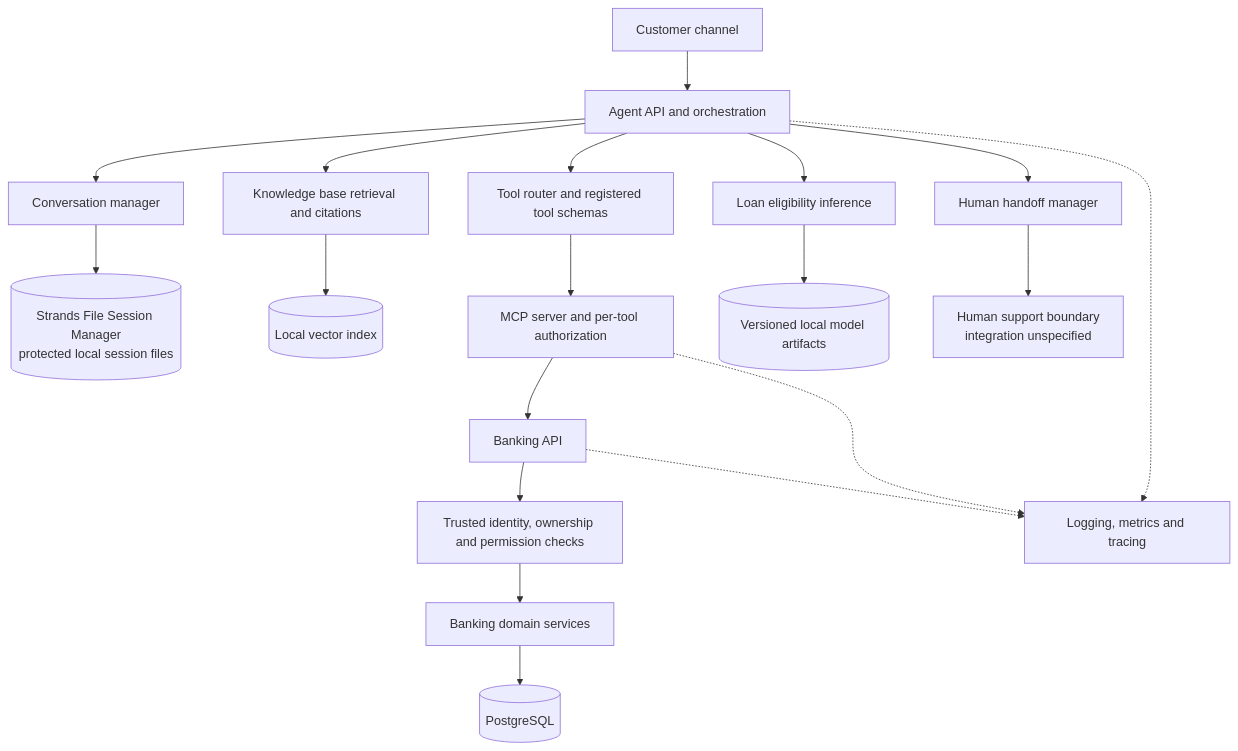
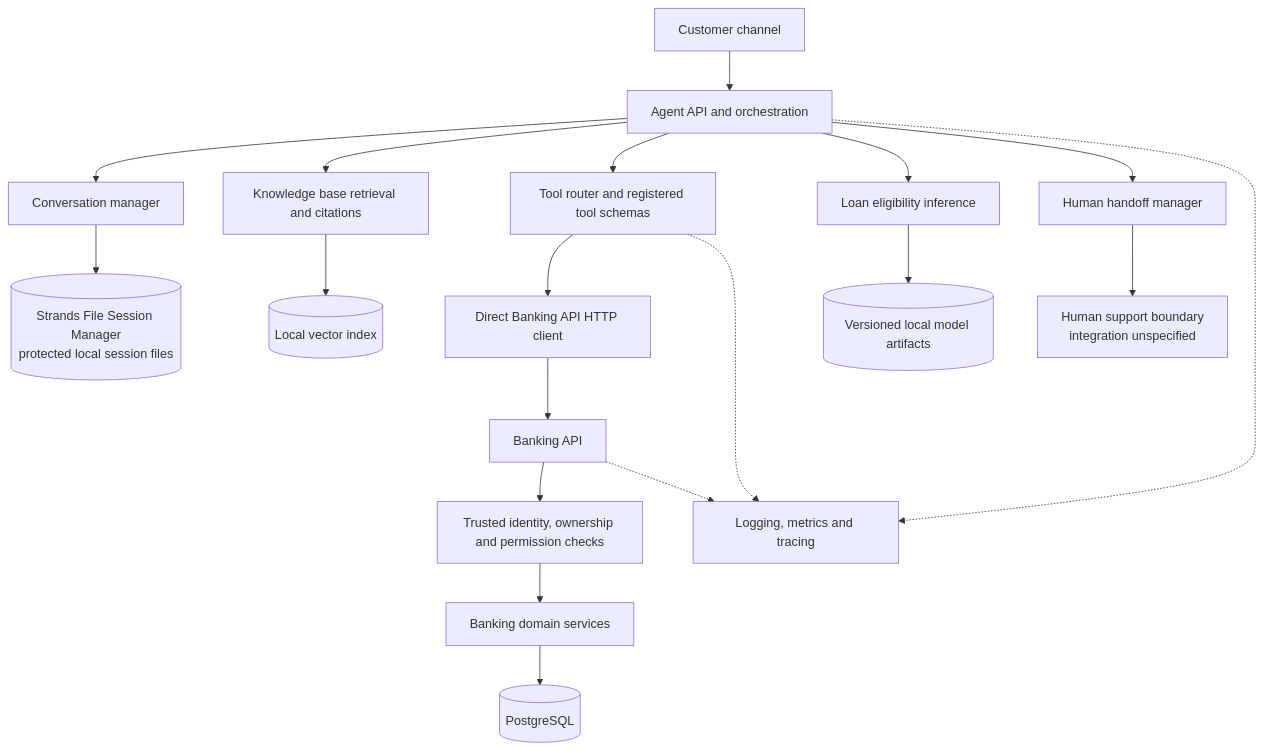
Before and after one commit to odb44/rubies-mfb-agent: the diagram in docs/architecture/architecture-sketch.md, drawn with Mermaid. The commit also changed other lines of this file and 226 other files, not shown here.

````diff
--- a/docs/architecture/architecture-sketch.md
+++ b/docs/architecture/architecture-sketch.md
@@ -15,28 +15,28 @@
 ```mermaid
 flowchart TB
     Customer[Customer channel] --> Agent[Agent API and orchestration]
 
     Agent --> Session[Conversation manager]
     Session --> SessionFiles[(Strands File Session Manager<br/>protected local session files)]
 
     Agent --> Knowledge[Knowledge base retrieval and citations]
     Knowledge --> VectorIndex[(Local vector index)]
 
     Agent --> Tools[Tool router and registered tool schemas]
-    Tools --> MCP[MCP server and per-tool authorization]
-    MCP --> Banking[Banking API]
+    Tools --> BankingClient[Direct Banking API HTTP client]
+    BankingClient --> Banking[Banking API]
 
     Banking --> Identity[Trusted identity, ownership and permission checks]
     Identity --> Domain[Banking domain services]
     Domain --> DB[(PostgreSQL)]
 
     Agent --> Loan[Loan eligibility inference]
     Loan --> ModelArtifacts[(Versioned local model artifacts)]
 
     Agent --> Handoff[Human handoff manager]
     Handoff --> Support[Human support boundary<br/>integration unspecified]
 
     Agent -.-> Observability[Logging, metrics and tracing]
     Banking -.-> Observability
-    MCP -.-> Observability
+    Tools -.-> Observability
 ```
````
